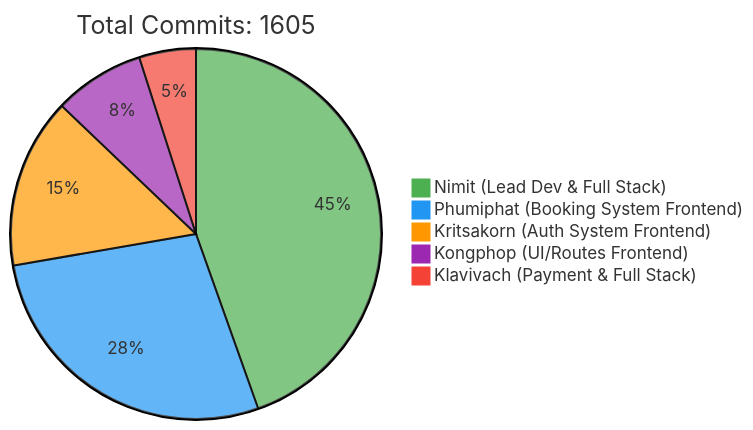
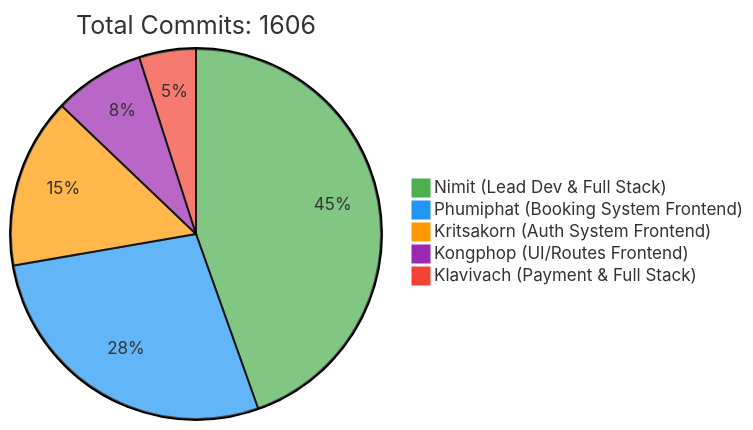
One commit to 6531503042/Sport-Complex changed the first of 2 diagrams in README.md. Above: the diagram before and after it, drawn with Mermaid. The commit also changed other lines of this file, not shown here.

Commit message:
docs: Update contributor statistics [skip ci]

````diff
--- a/README.md
+++ b/README.md
@@ -257,10 +257,10 @@
 ```mermaid
 %%{init: {'theme': 'base', 'themeVariables': { 'pie1': '#4CAF50', 'pie2': '#2196F3', 'pie3': '#FF9800', 'pie4': '#9C27B0', 'pie5': '#F44336'}}}%%
 pie
-    title Total Commits: 1605
+    title Total Commits: 1606
     "Nimit (Lead Dev & Full Stack)" : 450
     "Phumiphat (Booking System Frontend)" : 280
     "Kritsakorn (Auth System Frontend)" : 150
     "Kongphop (UI/Routes Frontend)" : 80
     "Klavivach (Payment & Full Stack)" : 50
 ```
````
